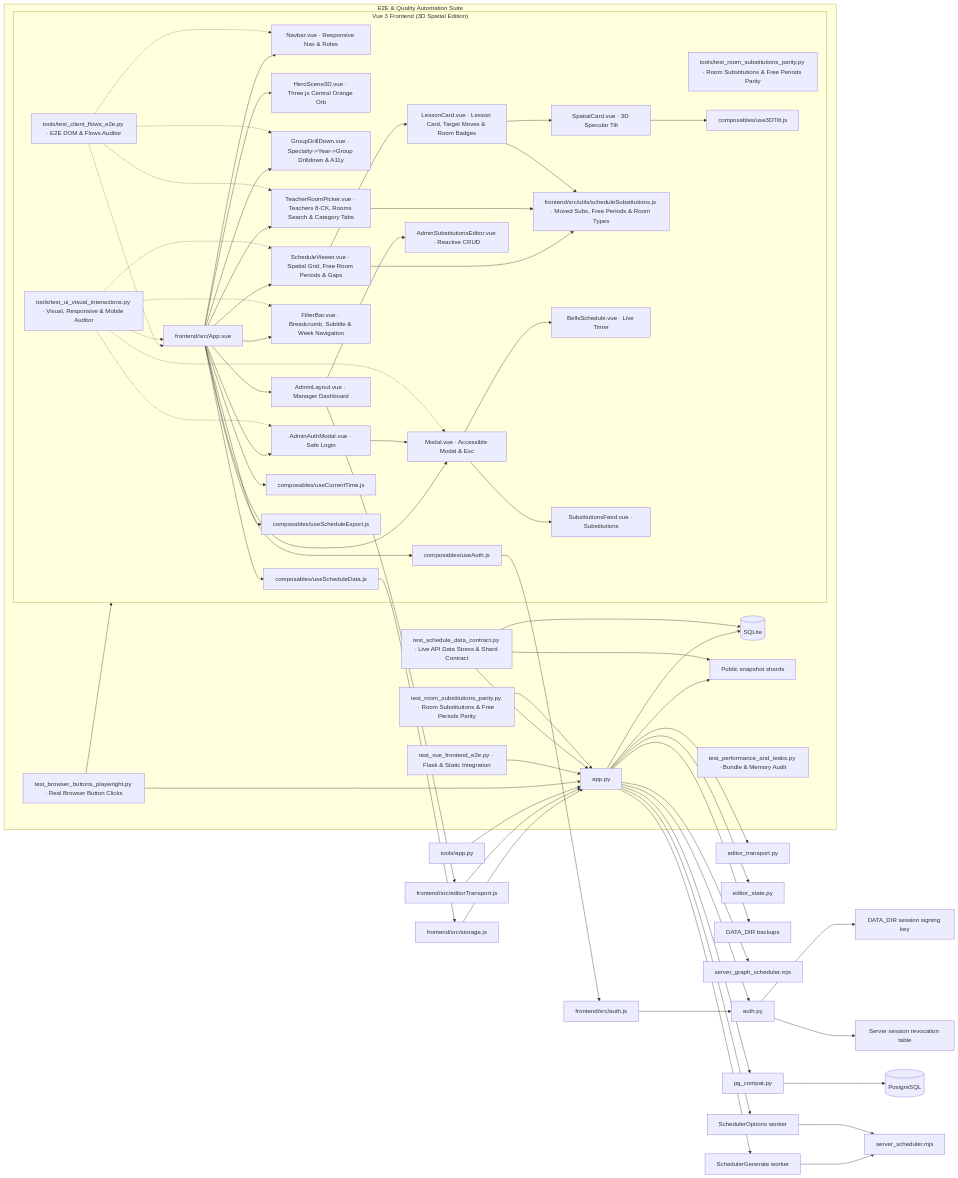
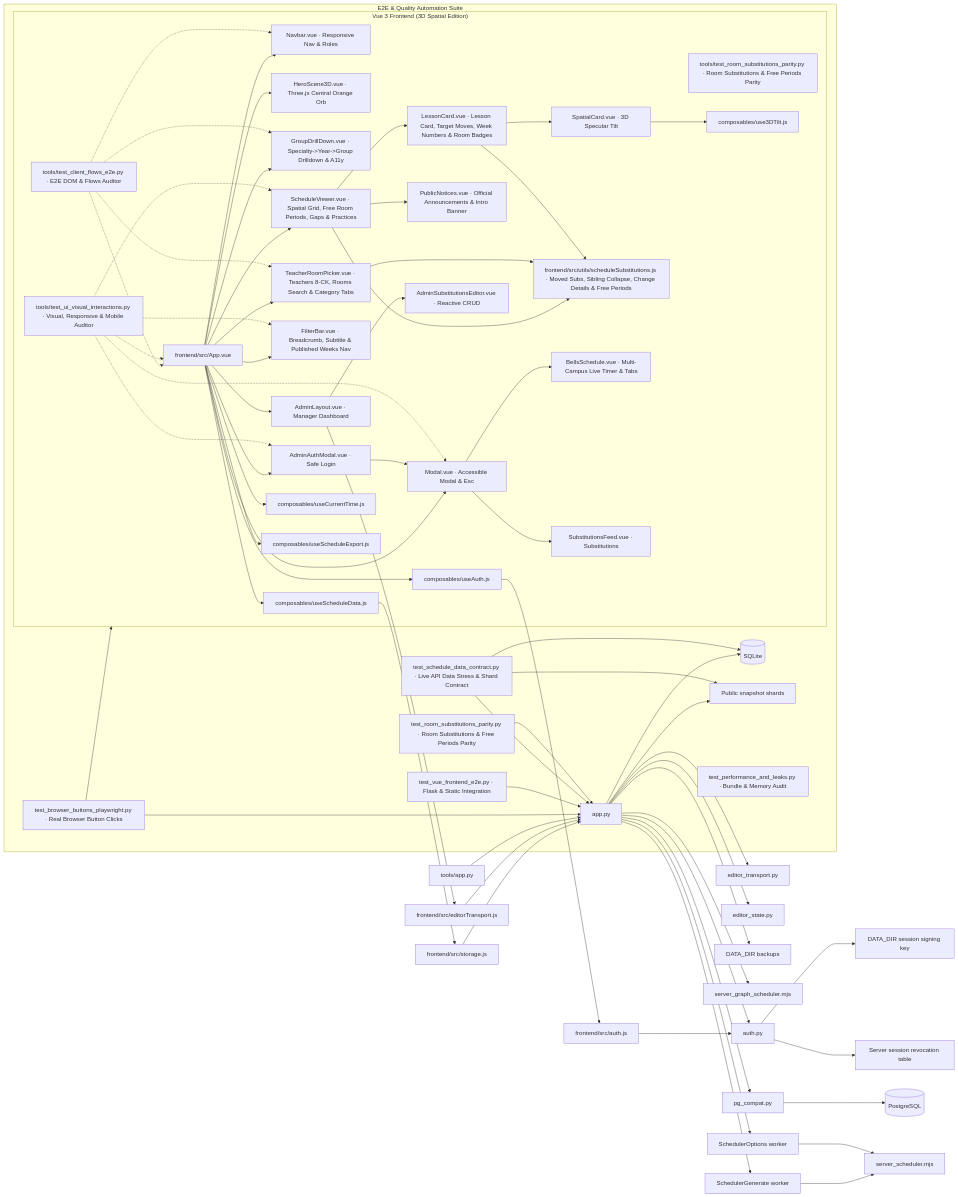
The first of 7 diagrams in docs/UML.md (Utkautka1/timetable22), drawn with Mermaid before and after one commit. The commit also changed other lines of this file and 17 other files, not shown here.

First line of the commit message:
feat(public): room availability checker, clean typography, hide empty teacher icons and fix double room prefixes

```diff
--- a/docs/UML.md
+++ b/docs/UML.md
@@ -12,13 +12,14 @@
         Hero[HeroScene3D.vue · Three.js Central Orange Orb]
         DrillDown[GroupDrillDown.vue · Specialty->Year->Group Drilldown & A11y]
         EntityPicker[TeacherRoomPicker.vue · Teachers 8-CK, Rooms Search & Category Tabs]
-        Viewer[ScheduleViewer.vue · Spatial Grid, Free Room Periods & Gaps]
-        Card[LessonCard.vue · Lesson Card, Target Moves & Room Badges]
+        Viewer[ScheduleViewer.vue · Spatial Grid, Free Room Periods, Gaps & Practices]
+        Card[LessonCard.vue · Lesson Card, Target Moves, Week Numbers & Room Badges]
         SpatialCard[SpatialCard.vue · 3D Specular Tilt]
-        Filter[FilterBar.vue · Breadcrumb, Subtitle & Week Navigation]
-        SubUtil[frontend/src/utils/scheduleSubstitutions.js · Moved Subs, Free Periods & Room Types]
+        Filter[FilterBar.vue · Breadcrumb, Subtitle & Published Weeks Nav]
+        PublicNotices[PublicNotices.vue · Official Announcements & Intro Banner]
+        SubUtil[frontend/src/utils/scheduleSubstitutions.js · Moved Subs, Sibling Collapse, Change Details & Free Periods]
         Modal[Modal.vue · Accessible Modal & Esc]
-        Bells[BellsSchedule.vue · Live Timer]
+        Bells[BellsSchedule.vue · Multi-Campus Live Timer & Tabs]
         Subs[SubstitutionsFeed.vue · Substitutions]
         AuthModal[AdminAuthModal.vue · Safe Login]
         Admin[AdminLayout.vue · Manager Dashboard]
@@ -33,6 +34,7 @@
         App --> EntityPicker
         App --> Viewer
         Viewer --> Card
+        Viewer --> PublicNotices
         Viewer --> SubUtil
         EntityPicker --> SubUtil
         Card --> SubUtil
```
